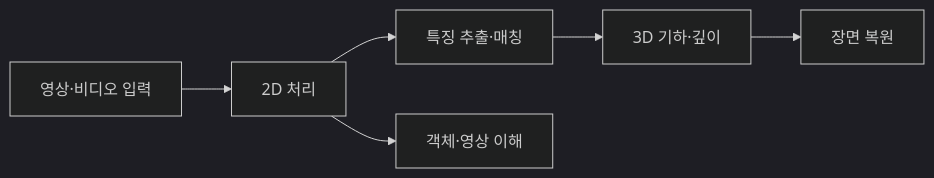
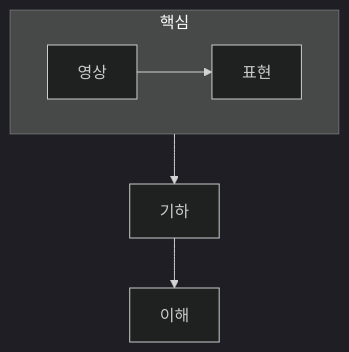
The diagram in ComputerScience/03_ai-ml-data/computer-vision/notes/01. 컴퓨터 비전 개요.md (umyunsang/edu), drawn with Mermaid (dark theme) before and after one commit. The commit also changed other lines of this file and 4 other files, not shown here.

````diff
--- a/ComputerScience/03_ai-ml-data/computer-vision/notes/01. 컴퓨터 비전 개요.md
+++ b/ComputerScience/03_ai-ml-data/computer-vision/notes/01. 컴퓨터 비전 개요.md
@@ -25,8 +21,9 @@
 ```mermaid
-flowchart LR
-    A["영상·비디오 입력"] --> B["2D 처리"]
-    B --> C["특징 추출·매칭"]
-    C --> D["3D 기하·깊이"]
-    B --> E["객체·영상 이해"]
-    D --> F["장면 복원"]
+flowchart TB
+    subgraph Core[핵심]
+        direction LR
+        A[영상] --> B[표현]
+    end
+    B --> C[기하]
+    C --> D[이해]
 ```
````
